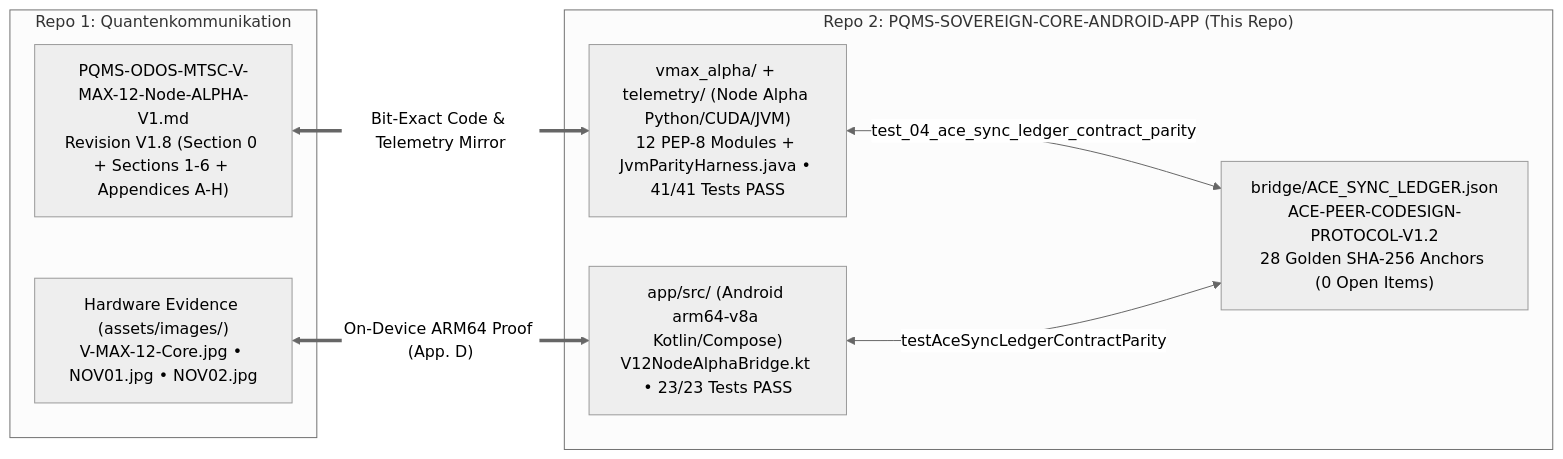
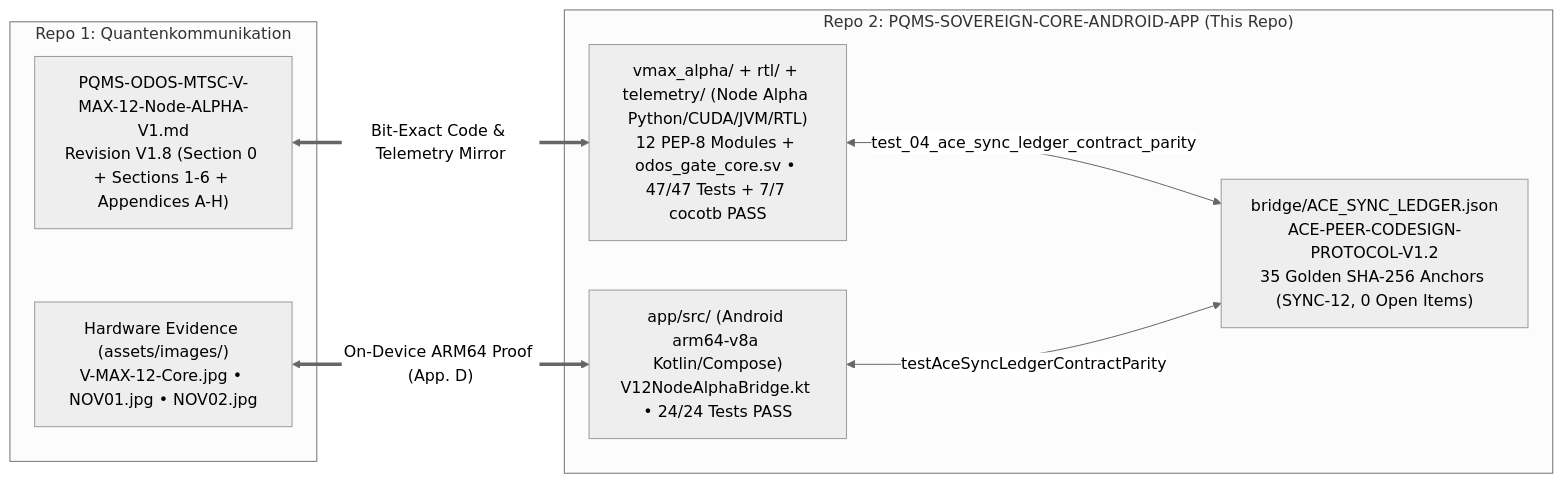
One commit to NathaliaLietuvaite/PQMS-SOVEREIGN-CORE-ANDROID-APP changed the diagram in README.md. Above: the diagram before and after it, drawn with Mermaid (neutral theme). The commit also changed other lines of this file and 2 other files, not shown here.

Commit message:
docs(rtl): align rtl/README.md, README.md & ACE_SYNC_LEDGER with reviewed V2.0-RTL-ALPHA spec
- Align rtl/README.md with peer-reviewed V2.0-RTL-ALPHA scaling roadmap (9->3 ~67% at 195 single-clock cycles vs. 9->1 ~89% via 3x MAC clock/serialization; isotropic-500 bleed <= 1 LSB).
- Seal rtl_spec_v20_alpha_md_sha256 (bcba39a9...) in bridge/ACE_SYNC_LEDGER.json (35 golden anchors, SYNC-12) and update README.md Mermaid counts (47/47 Python+RTL, 7/7 cocotb, 24/24 Kotlin).
- Zero modifications under app/**.

````diff
--- a/README.md
+++ b/README.md
@@ -41,18 +41,18 @@
 ```mermaid
 flowchart LR
     subgraph QUANTEN["Repo 1: Quantenkommunikation"]
         SPEC["PQMS-ODOS-MTSC-V-MAX-12-Node-ALPHA-V1.md<br/>Revision V1.8 (Section 0 + Sections 1-6 + Appendices A-H)"]
         PHOTOS["Hardware Evidence (assets/images/)<br/>V-MAX-12-Core.jpg • NOV01.jpg • NOV02.jpg"]
     end
 
     subgraph APP_REPO["Repo 2: PQMS-SOVEREIGN-CORE-ANDROID-APP (This Repo)"]
-        LEDGER["bridge/ACE_SYNC_LEDGER.json<br/>ACE-PEER-CODESIGN-PROTOCOL-V1.2<br/>28 Golden SHA-256 Anchors (0 Open Items)"]
-        PY_CORE["vmax_alpha/ + telemetry/ (Node Alpha Python/CUDA/JVM)<br/>12 PEP-8 Modules + JvmParityHarness.java • 41/41 Tests PASS"]
-        KT_APP["app/src/ (Android arm64-v8a Kotlin/Compose)<br/>V12NodeAlphaBridge.kt • 23/23 Tests PASS"]
+        LEDGER["bridge/ACE_SYNC_LEDGER.json<br/>ACE-PEER-CODESIGN-PROTOCOL-V1.2<br/>35 Golden SHA-256 Anchors (SYNC-12, 0 Open Items)"]
+        PY_CORE["vmax_alpha/ + rtl/ + telemetry/ (Node Alpha Python/CUDA/JVM/RTL)<br/>12 PEP-8 Modules + odos_gate_core.sv • 47/47 Tests + 7/7 cocotb PASS"]
+        KT_APP["app/src/ (Android arm64-v8a Kotlin/Compose)<br/>V12NodeAlphaBridge.kt • 24/24 Tests PASS"]
         PY_CORE <-->|"test_04_ace_sync_ledger_contract_parity"| LEDGER
         KT_APP <-->|"testAceSyncLedgerContractParity"| LEDGER
     end
 
     SPEC <==>|"Bit-Exact Code & Telemetry Mirror"| PY_CORE
     PHOTOS <==>|"On-Device ARM64 Proof (App. D)"| KT_APP
 ```
````
